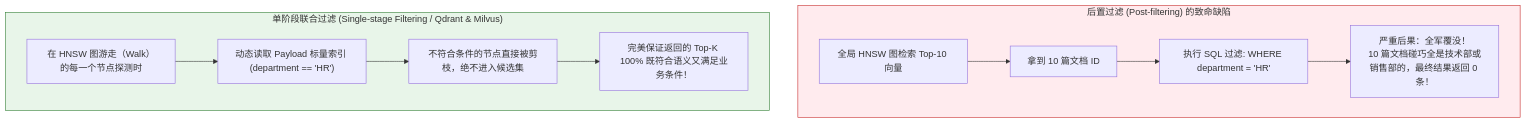
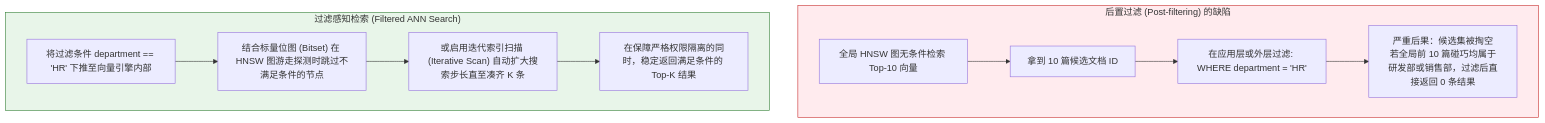
One commit to GuoWWWX/knowledge-base changed the second of 3 diagrams in 10-AI应用开发/03-知识库技术-RAG/15-向量库选型对比.md. Above: the diagram before and after it, drawn with Mermaid. The commit also changed other lines of this file and 251 other files, not shown here.

````diff
--- a/10-AI应用开发/03-知识库技术-RAG/15-向量库选型对比.md
+++ b/10-AI应用开发/03-知识库技术-RAG/15-向量库选型对比.md
@@ -93,18 +87,18 @@
 ```mermaid
 flowchart TD
-    subgraph PostFilter["后置过滤 (Post-filtering) 的致命缺陷"]
-        P1["全局 HNSW 图检索 Top-10 向量"] --> P2["拿到 10 篇文档 ID"]
-        P2 --> P3["执行 SQL 过滤: WHERE department = 'HR'"]
-        P3 --> P4["严重后果：全军覆没！<br/>10 篇文档碰巧全是技术部或销售部的，最终结果返回 0 条！"]
+    subgraph PostFilter["后置过滤 (Post-filtering) 的缺陷"]
+        P1["全局 HNSW 图无条件检索 Top-10 向量"] --> P2["拿到 10 篇候选文档 ID"]
+        P2 --> P3["在应用层或外层过滤: WHERE department = 'HR'"]
+        P3 --> P4["严重后果：候选集被掏空<br/>若全局前 10 篇碰巧均属于研发部或销售部，过滤后直接返回 0 条结果"]
     end
 
-    subgraph SingleStage["单阶段联合过滤 (Single-stage Filtering / Qdrant & Milvus)"]
-        S1["在 HNSW 图游走（Walk）的每一个节点探测时"]
-        S1 --> S2["动态读取 Payload 标量索引 (department == 'HR')"]
-        S2 --> S3["不符合条件的节点直接被剪枝，绝不进入候选集"]
-        S3 --> S4["完美保证返回的 Top-K 100% 既符合语义又满足业务条件！"]
+    subgraph PreFilter["过滤感知检索 (Filtered ANN Search)"]
+        S1["将过滤条件 department == 'HR' 下推至向量引擎内部"]
+        S1 --> S2["结合标量位图 (Bitset) 在 HNSW 图游走探测时跳过不满足条件的节点"]
+        S2 --> S3["或启用迭代索引扫描 (Iterative Scan) 自动扩大搜索步长直至凑齐 K 条"]
+        S3 --> S4["在保障严格权限隔离的同时，稳定返回满足条件的 Top-K 结果"]
     end
 
     style PostFilter fill:#ffebee,stroke:#c62828,stroke-width:1px
-    style SingleStage fill:#e8f5e9,stroke:#2e7d32,stroke-width:1px
+    style PreFilter fill:#e8f5e9,stroke:#2e7d32,stroke-width:1px
 ```
````
